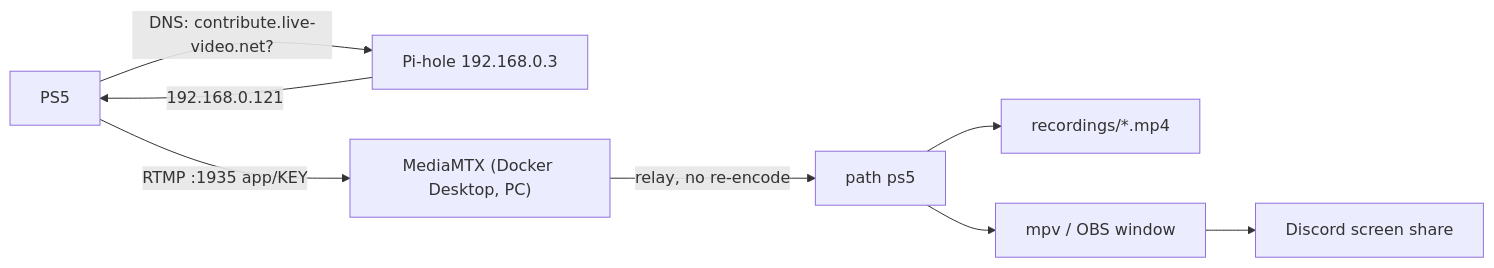
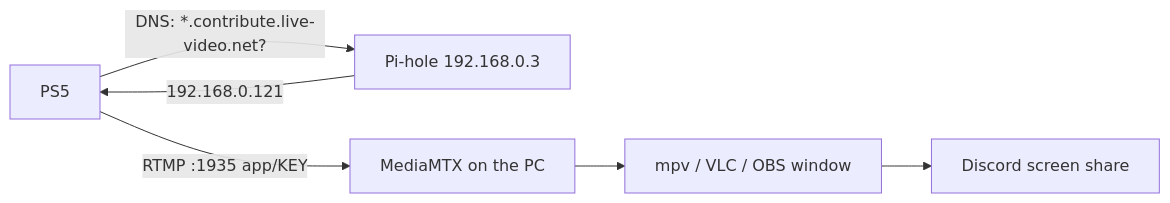
One commit to chrtmnn/mediamtx-poc changed the diagram in README.md. Above: the diagram before and after it, drawn with Mermaid. The commit also changed other lines of this file and 1 other file, not shown here.

First line of the commit message:
Document the successful test with the native Windows exe, defer Docker

````diff
--- a/README.md
+++ b/README.md
@@ -11,9 +15,7 @@
 ```mermaid
 flowchart LR
-    PS5 -- "DNS: contribute.live-video.net?" --> PH["Pi-hole 192.168.0.3"]
+    PS5 -- "DNS: *.contribute.live-video.net?" --> PH["Pi-hole 192.168.0.3"]
     PH -- "192.168.0.121" --> PS5
-    PS5 -- "RTMP :1935 app/KEY" --> MTX["MediaMTX (Docker Desktop, PC)"]
-    MTX -- "relay, no re-encode" --> P["path ps5"]
-    P --> REC["recordings/*.mp4"]
-    P --> MPV["mpv / OBS window"] --> DC["Discord screen share"]
+    PS5 -- "RTMP :1935 app/KEY" --> MTX["MediaMTX on the PC"]
+    MTX --> PL["mpv / VLC / OBS window"] --> DC["Discord screen share"]
 ```
````
